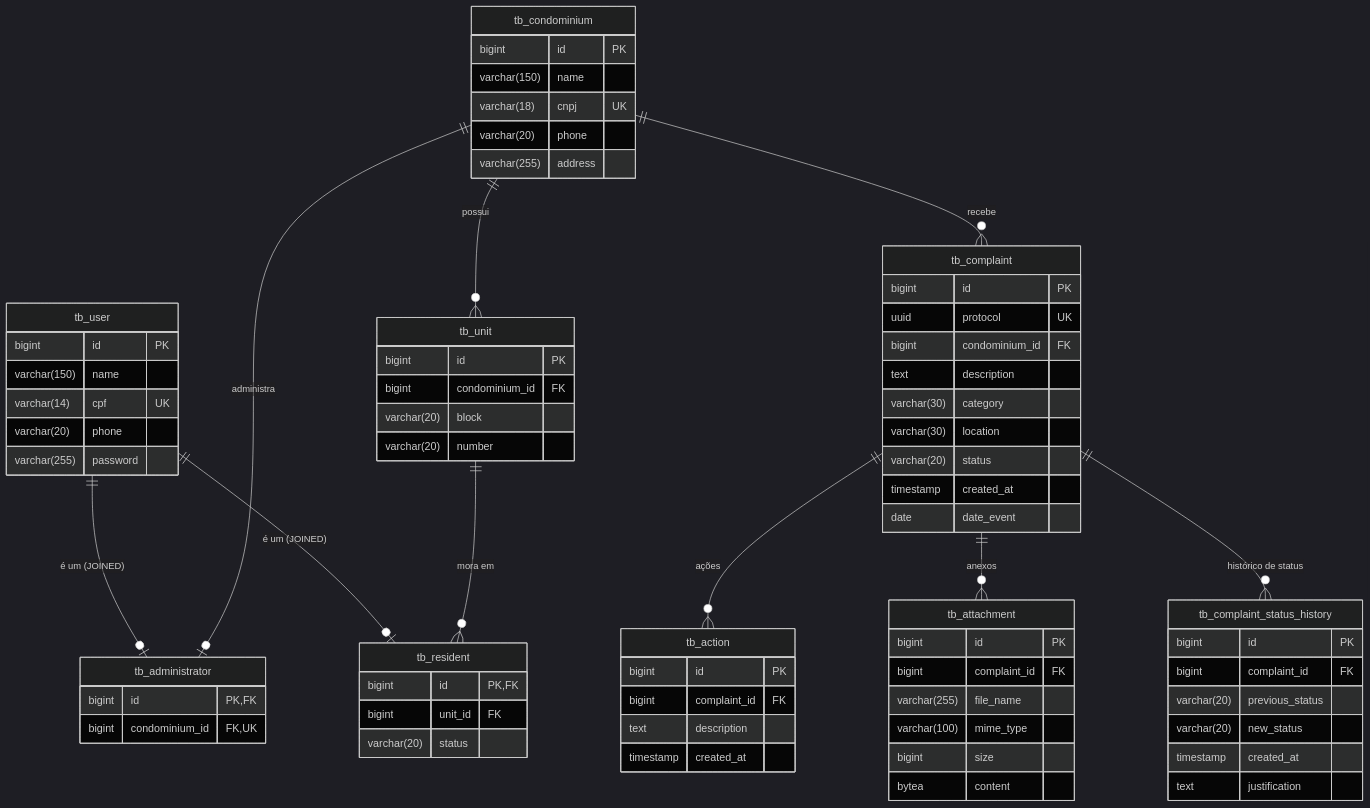
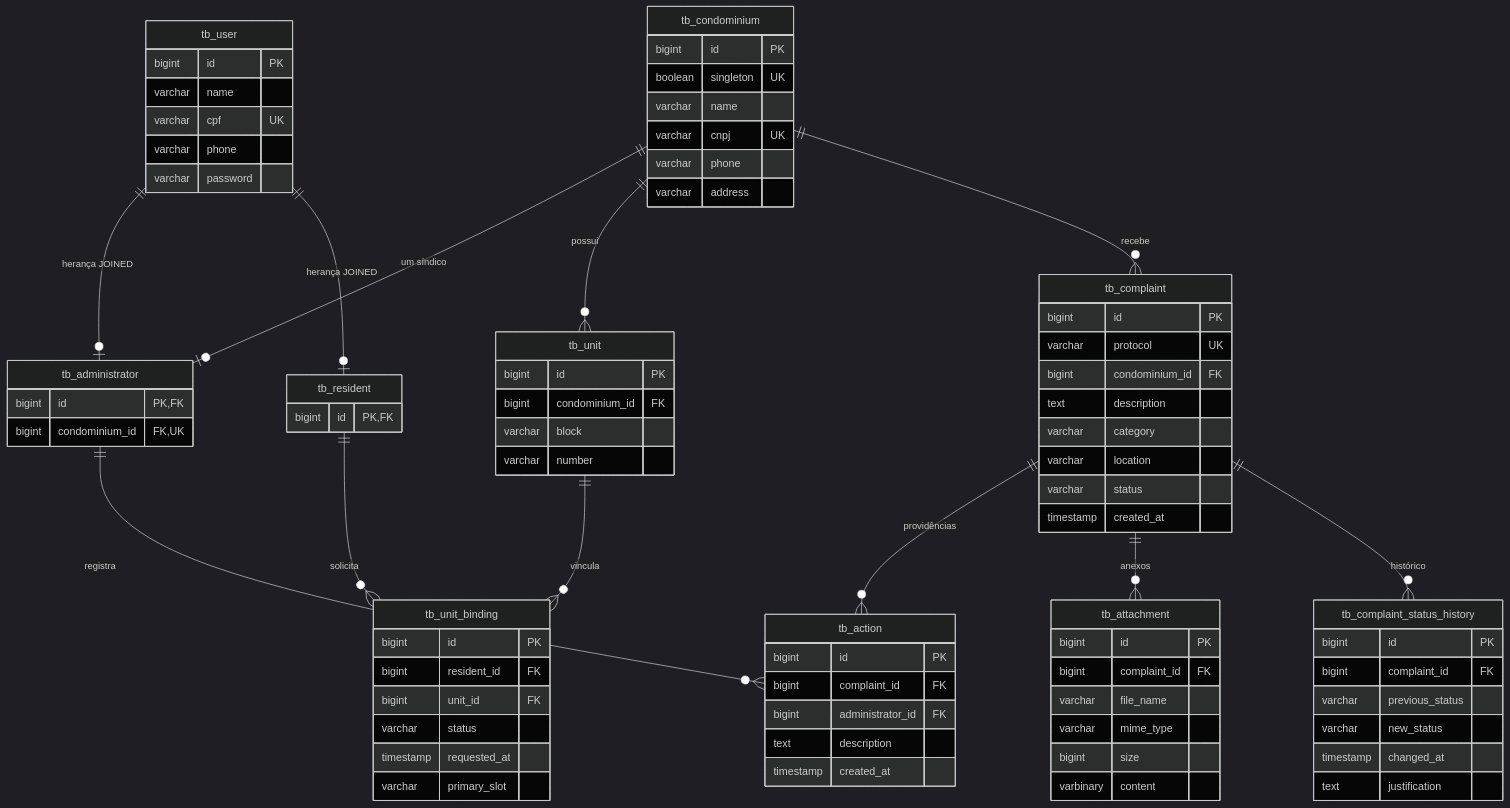
The diagram in docs/diagrama_er_condominio.md (monickecunha/gestao-condominio), drawn with Mermaid (dark theme) before and after one commit. The commit also changed other lines of this file and 17 other files, not shown here.

````diff
--- a/docs/diagrama_er_condominio.md
+++ b/docs/diagrama_er_condominio.md
@@ -6,74 +6,82 @@
 erDiagram
     tb_condominium {
         bigint id PK
-        varchar(150) name
-        varchar(18) cnpj UK
-        varchar(20) phone
-        varchar(255) address
+        boolean singleton UK
+        varchar name
+        varchar cnpj UK
+        varchar phone
+        varchar address
     }
     tb_user {
         bigint id PK
-        varchar(150) name
-        varchar(14) cpf UK
-        varchar(20) phone
-        varchar(255) password
+        varchar name
+        varchar cpf UK
+        varchar phone
+        varchar password
     }
     tb_administrator {
-        bigint id PK, FK
-        bigint condominium_id FK, UK
+        bigint id PK,FK
+        bigint condominium_id FK,UK
     }
     tb_unit {
         bigint id PK
         bigint condominium_id FK
-        varchar(20) block
-        varchar(20) number
+        varchar block
+        varchar number
     }
     tb_resident {
-        bigint id PK, FK
+        bigint id PK,FK
+    }
+    tb_unit_binding {
+        bigint id PK
+        bigint resident_id FK
         bigint unit_id FK
-        varchar(20) status
+        varchar status
+        timestamp requested_at
+        varchar primary_slot
     }
     tb_complaint {
         bigint id PK
-        uuid protocol UK
+        varchar protocol UK
         bigint condominium_id FK
         text description
-        varchar(30) category
-        varchar(30) location
-        varchar(20) status
+        varchar category
+        varchar location
+        varchar status
         timestamp created_at
-        date date_event
     }
     tb_action {
         bigint id PK
         bigint complaint_id FK
+        bigint administrator_id FK
         text description
         timestamp created_at
     }
     tb_attachment {
         bigint id PK
         bigint complaint_id FK
-        varchar(255) file_name
-        varchar(100) mime_type
+        varchar file_name
+        varchar mime_type
         bigint size
-        bytea content
+        varbinary content
     }
     tb_complaint_status_history {
         bigint id PK
         bigint complaint_id FK
-        varchar(20) previous_status
-        varchar(20) new_status
-        timestamp created_at
+        varchar previous_status
+        varchar new_status
+        timestamp changed_at
         text justification
     }
-
-    tb_user ||--o| tb_administrator : "é um (JOINED)"
-    tb_user ||--o| tb_resident : "é um (JOINED)"
-    tb_condominium ||--o| tb_administrator : "administra"
-    tb_condominium ||--o{ tb_unit : "possui"
-    tb_condominium ||--o{ tb_complaint : "recebe"
-    tb_unit ||--o{ tb_resident : "mora em"
-    tb_complaint ||--o{ tb_action : "ações"
-    tb_complaint ||--o{ tb_attachment : "anexos"
-    tb_complaint ||--o{ tb_complaint_status_history : "histórico de status"
+    tb_user ||--o| tb_administrator : "herança JOINED"
+    tb_user ||--o| tb_resident : "herança JOINED"
+    tb_condominium ||--o| tb_administrator : "um síndico"
+    tb_condominium ||--o{ tb_unit : possui
+    tb_condominium ||--o{ tb_complaint : recebe
+    tb_resident ||--o{ tb_unit_binding : solicita
+    tb_unit ||--o{ tb_unit_binding : vincula
+    tb_complaint ||--o{ tb_action : providências
+    tb_administrator ||--o{ tb_action : registra
+    tb_complaint ||--o{ tb_attachment : anexos
+    tb_complaint ||--o{ tb_complaint_status_history : histórico
 ```
````
